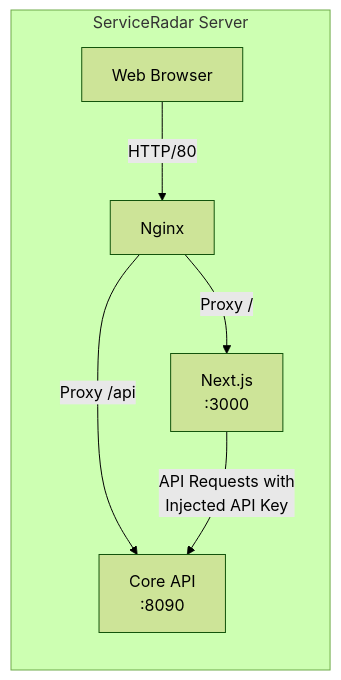
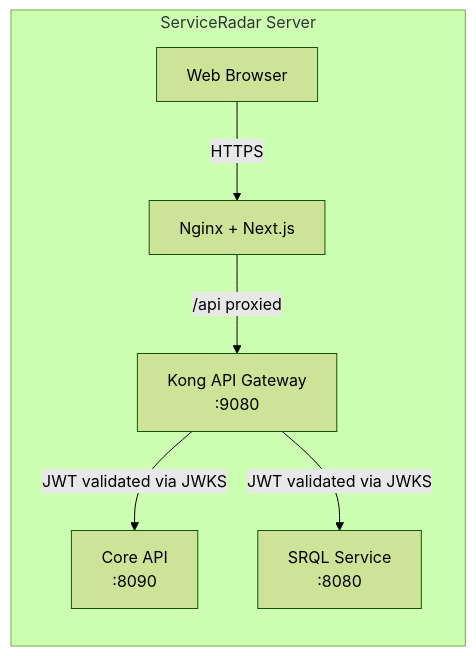
The diagram in docs/docs/web-ui.md (carverauto/serviceradar), drawn with Mermaid (forest theme) before and after one commit. The commit also changed other lines of this file and 1 other file, not shown here.

Commit message:
doc updates for kong and srql

````diff
--- a/docs/docs/web-ui.md
+++ b/docs/docs/web-ui.md
@@ -20,9 +21,9 @@
 ```mermaid
 graph LR
     subgraph "ServiceRadar Server"
-        A[Web Browser] -->|HTTP/80| B[Nginx]
-        B -->|Proxy /api| C[Core API<br/>:8090]
-        B -->|Proxy /| D[Next.js<br/>:3000]
-        D -->|API Requests with<br/>Injected API Key| C
+        A[Web Browser] -->|HTTPS| B[Nginx + Next.js]
+        B -->|/api proxied| C[Kong API Gateway<br/>:9080]
+        C -->|JWT validated via JWKS| D[Core API<br/>:8090]
+        C -->|JWT validated via JWKS| E[SRQL Service<br/>:8080]
     end
 ```
````
